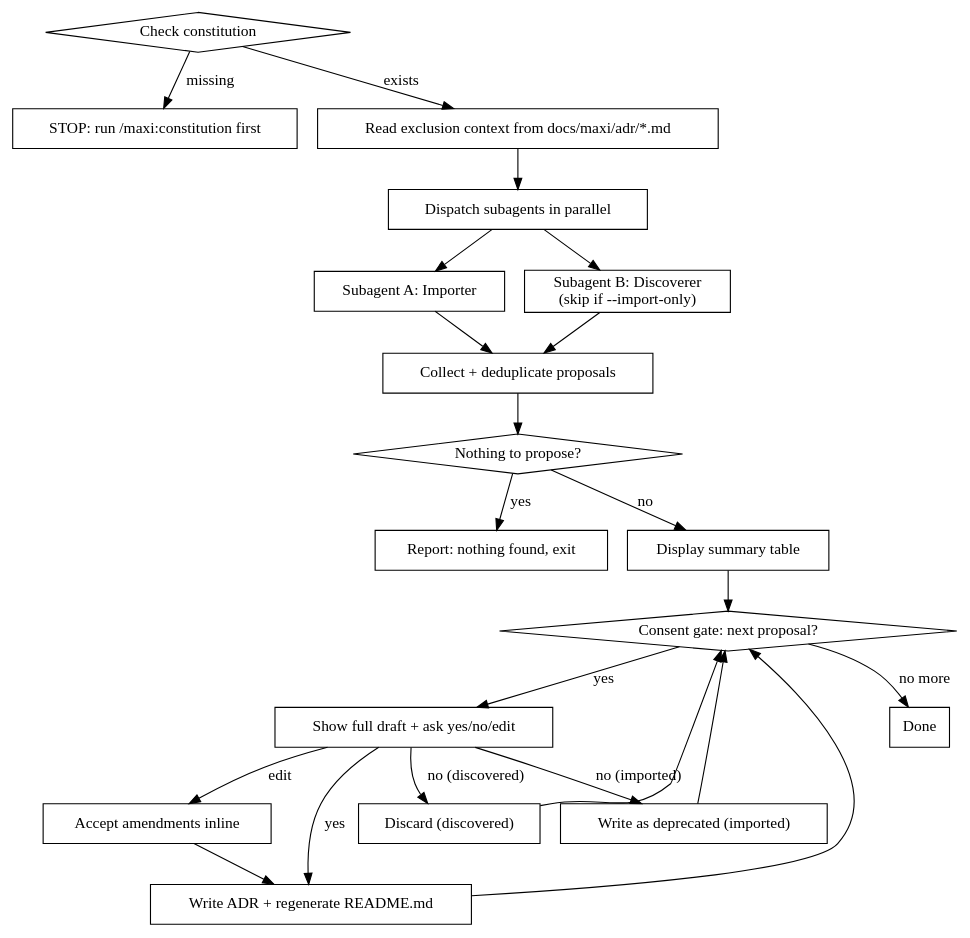
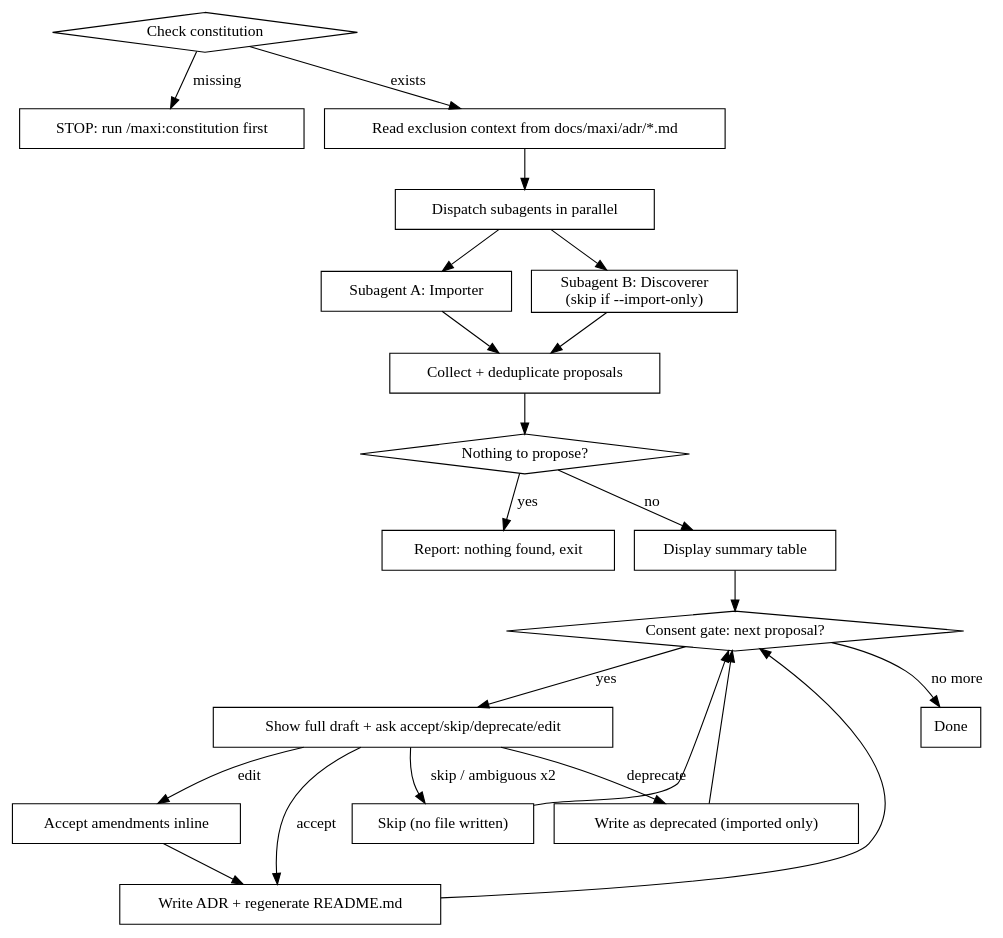
One commit to amoutiers/maxi-superpowers changed the diagram in skills/migrate-adr/SKILL.md. Above: the diagram before and after it, drawn with Graphviz. The commit also changed other lines of this file and 2 other files, not shown here.

First line of the commit message:
fix(migrate-adr): explicit consent verbs, skip never writes (FR-001..005)

````diff
--- a/skills/migrate-adr/SKILL.md
+++ b/skills/migrate-adr/SKILL.md
@@ -39,43 +39,43 @@
 ```dot
 digraph migrate_adr {
     "Check constitution" [shape=diamond];
     "STOP: run /maxi:constitution first" [shape=box];
     "Read exclusion context from docs/maxi/adr/*.md" [shape=box];
     "Dispatch subagents in parallel" [shape=box];
     "Subagent A: Importer" [shape=box];
     "Subagent B: Discoverer\n(skip if --import-only)" [shape=box];
     "Collect + deduplicate proposals" [shape=box];
     "Nothing to propose?" [shape=diamond];
     "Report: nothing found, exit" [shape=box];
     "Display summary table" [shape=box];
     "Consent gate: next proposal?" [shape=diamond];
-    "Show full draft + ask yes/no/edit" [shape=box];
+    "Show full draft + ask accept/skip/deprecate/edit" [shape=box];
     "Accept amendments inline" [shape=box];
     "Write ADR + regenerate README.md" [shape=box];
-    "Discard (discovered)" [shape=box];
-    "Write as deprecated (imported)" [shape=box];
+    "Skip (no file written)" [shape=box];
+    "Write as deprecated (imported only)" [shape=box];
     "Done" [shape=box];
 
     "Check constitution" -> "STOP: run /maxi:constitution first" [label="missing"];
     "Check constitution" -> "Read exclusion context from docs/maxi/adr/*.md" [label="exists"];
     "Read exclusion context from docs/maxi/adr/*.md" -> "Dispatch subagents in parallel";
     "Dispatch subagents in parallel" -> "Subagent A: Importer";
     "Dispatch subagents in parallel" -> "Subagent B: Discoverer\n(skip if --import-only)";
     "Subagent A: Importer" -> "Collect + deduplicate proposals";
     "Subagent B: Discoverer\n(skip if --import-only)" -> "Collect + deduplicate proposals";
     "Collect + deduplicate proposals" -> "Nothing to propose?";
     "Nothing to propose?" -> "Report: nothing found, exit" [label="yes"];
     "Nothing to propose?" -> "Display summary table" [label="no"];
     "Display summary table" -> "Consent gate: next proposal?";
-    "Consent gate: next proposal?" -> "Show full draft + ask yes/no/edit" [label="yes"];
-    "Show full draft + ask yes/no/edit" -> "Write ADR + regenerate README.md" [label="yes"];
-    "Show full draft + ask yes/no/edit" -> "Accept amendments inline" [label="edit"];
+    "Consent gate: next proposal?" -> "Show full draft + ask accept/skip/deprecate/edit" [label="yes"];
+    "Show full draft + ask accept/skip/deprecate/edit" -> "Write ADR + regenerate README.md" [label="accept"];
+    "Show full draft + ask accept/skip/deprecate/edit" -> "Accept amendments inline" [label="edit"];
     "Accept amendments inline" -> "Write ADR + regenerate README.md";
-    "Show full draft + ask yes/no/edit" -> "Discard (discovered)" [label="no (discovered)"];
-    "Show full draft + ask yes/no/edit" -> "Write as deprecated (imported)" [label="no (imported)"];
+    "Show full draft + ask accept/skip/deprecate/edit" -> "Skip (no file written)" [label="skip / ambiguous x2"];
+    "Show full draft + ask accept/skip/deprecate/edit" -> "Write as deprecated (imported only)" [label="deprecate"];
     "Write ADR + regenerate README.md" -> "Consent gate: next proposal?";
-    "Discard (discovered)" -> "Consent gate: next proposal?";
-    "Write as deprecated (imported)" -> "Consent gate: next proposal?";
+    "Skip (no file written)" -> "Consent gate: next proposal?";
+    "Write as deprecated (imported only)" -> "Consent gate: next proposal?";
     "Consent gate: next proposal?" -> "Done" [label="no more"];
 }
 ```
````
